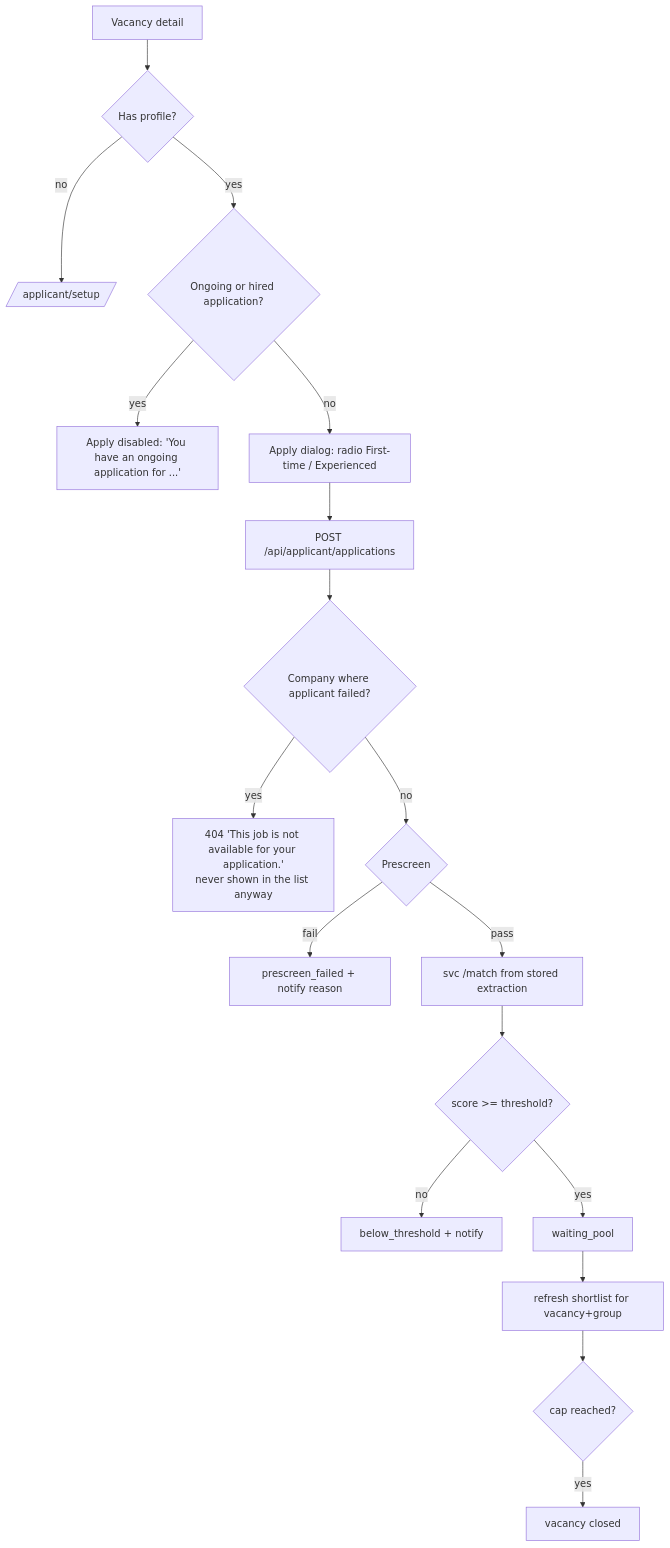
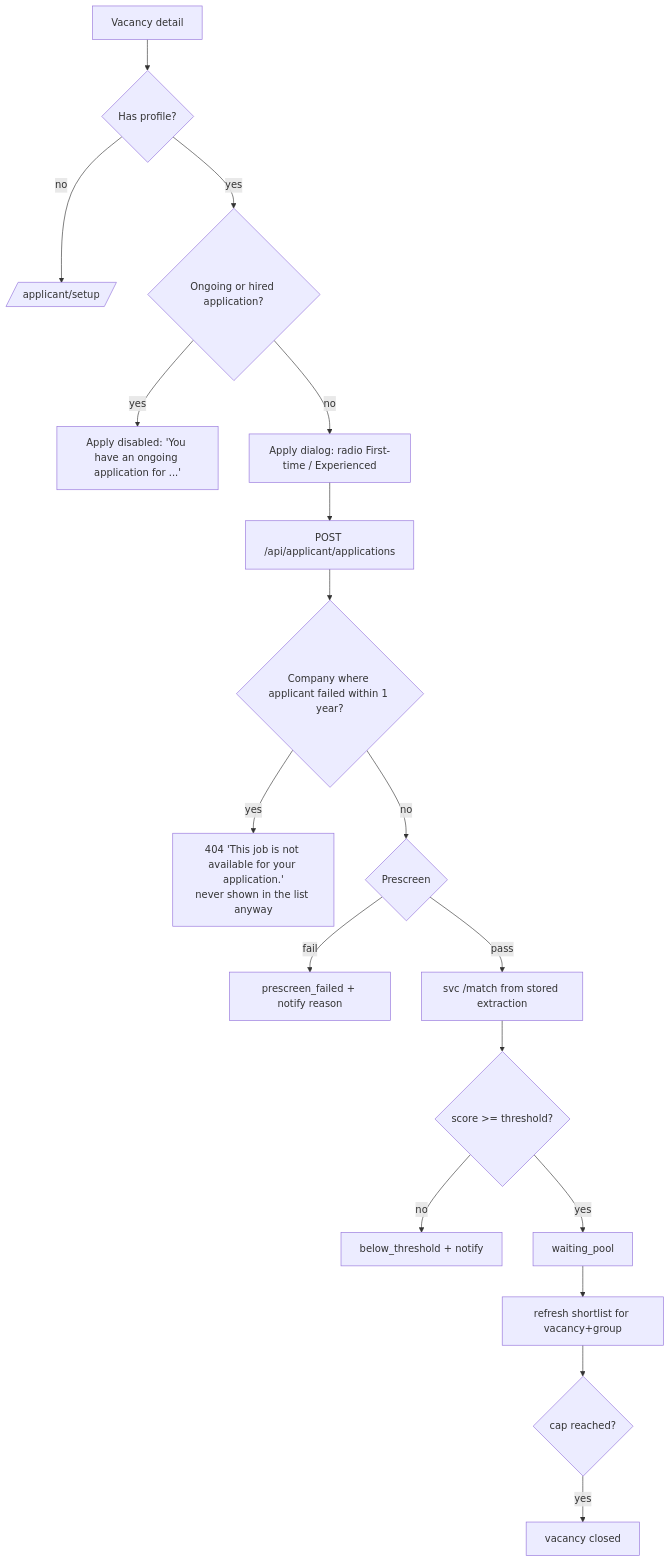
The third of 7 diagrams in docs/APP_FLOW.md (Aenyxxx/VERA), drawn with Mermaid before and after one commit. The commit also changed other lines of this file and 49 other files, not shown here.

Commit message:
feat(matching): Phase 1 decisions 11/12/5 - S_exp = R, whole-resume fallback, 1-year company block (BR-04, BR-19)

````diff
--- a/docs/APP_FLOW.md
+++ b/docs/APP_FLOW.md
@@ -99,20 +99,20 @@
 ```mermaid
 flowchart TD
   V[Vacancy detail] --> P{Has profile?}
   P -- no --> S[/applicant/setup/]
   P -- yes --> O{Ongoing or hired application?}
   O -- yes --> OB[Apply disabled: 'You have an ongoing application for ...']
   O -- no --> R[Apply dialog: radio First-time / Experienced]
   R --> X[POST /api/applicant/applications]
-  X --> FC{Company where applicant failed?}
+  X --> FC{Company where applicant failed within 1 year?}
   FC -- yes --> NA[404 'This job is not available for your application.'<br/>never shown in the list anyway]
   FC -- no --> PS{Prescreen}
   PS -- fail --> F1[prescreen_failed + notify reason]
   PS -- pass --> M[svc /match from stored extraction]
   M --> T{score >= threshold?}
   T -- no --> F2[below_threshold + notify]
   T -- yes --> WP[waiting_pool]
   WP --> SR[refresh shortlist for vacancy+group]
   SR --> CAP{cap reached?}
   CAP -- yes --> CL[vacancy closed]
 ```
````
